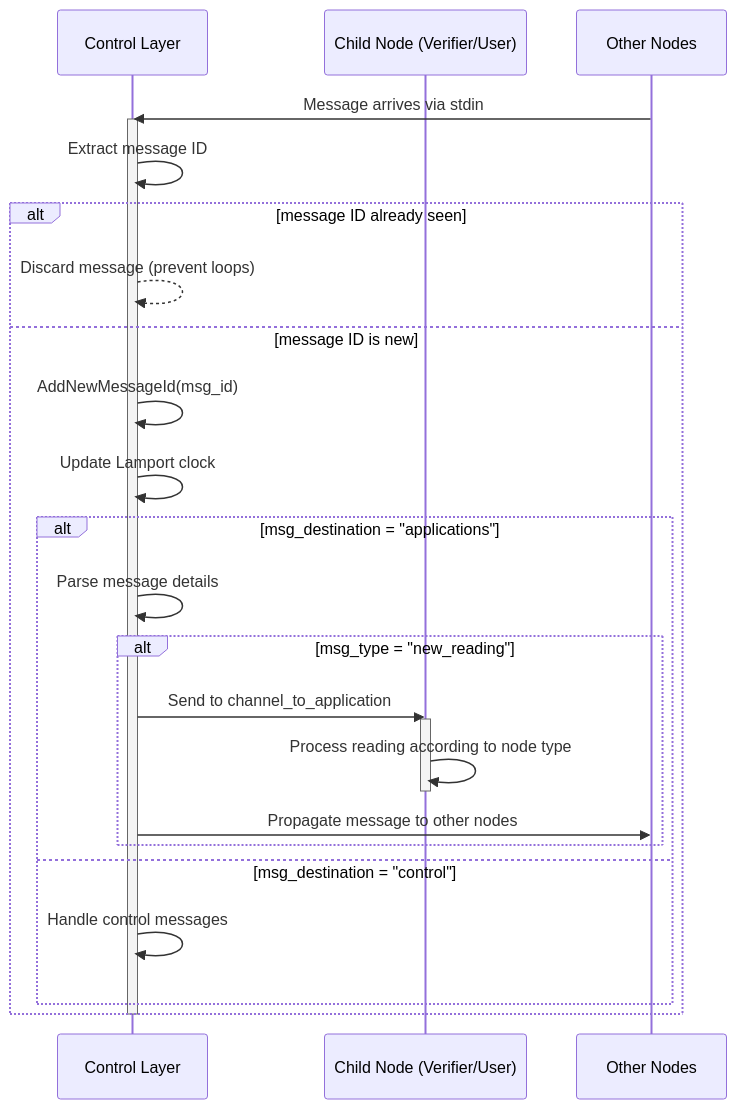
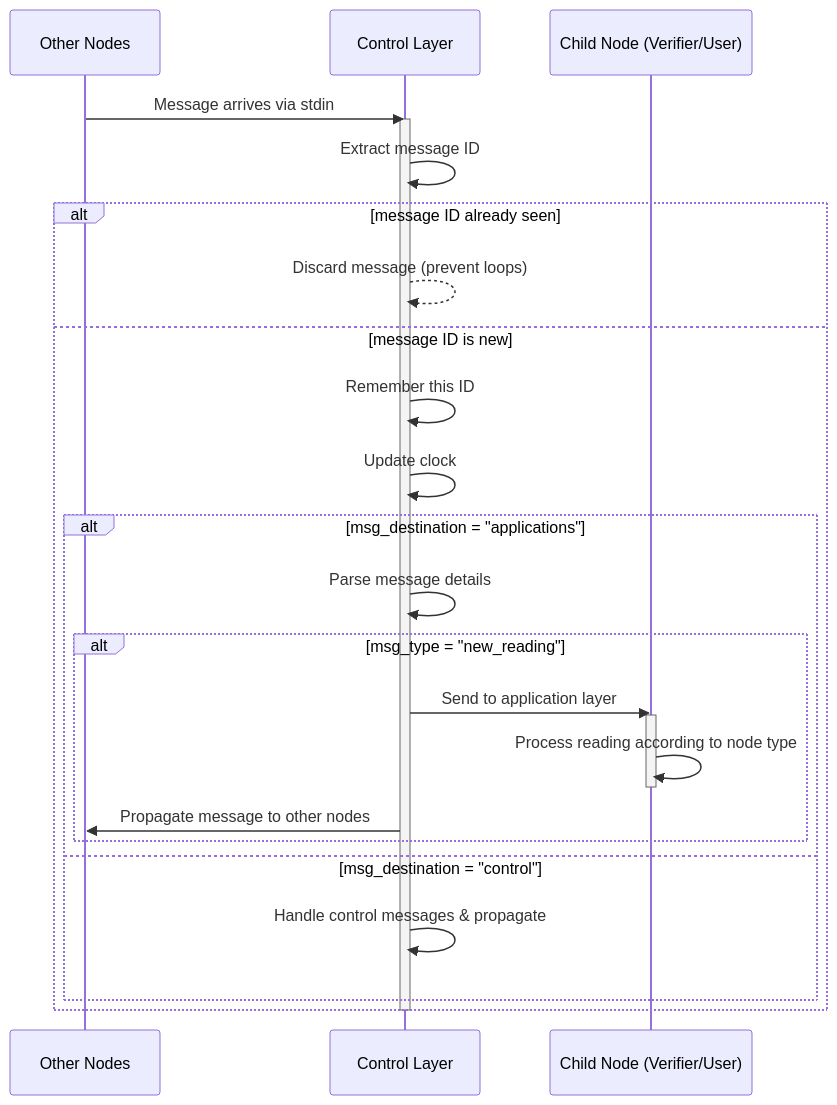
The second of 5 diagrams in README.md (4l3x4ndre/Distributed-System-with-Verification), drawn with Mermaid before and after one commit. The commit also changed other lines of this file and 3 other files, not shown here.

````diff
--- a/README.md
+++ b/README.md
@@ -203,35 +256,35 @@
 ```mermaid
 sequenceDiagram
+    participant Other as Other Nodes
     participant CL as Control Layer
     participant CN as Child Node (Verifier/User)
-    participant Other as Other Nodes
     
     Other->>CL: Message arrives via stdin
     activate CL
     
     CL->>CL: Extract message ID
     
     alt message ID already seen
         CL-->>CL: Discard message (prevent loops)
     else message ID is new
-        CL->>CL: AddNewMessageId(msg_id)
-        CL->>CL: Update Lamport clock
+        CL->>CL: Remember this ID
+        CL->>CL: Update clock
         
         alt msg_destination = "applications"
             CL->>CL: Parse message details
             
             alt msg_type = "new_reading"
-                CL->>CN: Send to channel_to_application
+                CL->>CN: Send to application layer
                 activate CN
                 CN->>CN: Process reading according to node type
                 deactivate CN
                 
                 CL->>Other: Propagate message to other nodes
             end
         else msg_destination = "control"
-            CL->>CL: Handle control messages
+            CL->>CL: Handle control messages & propagate
         end
     end
     
     deactivate CL
 ```
````
